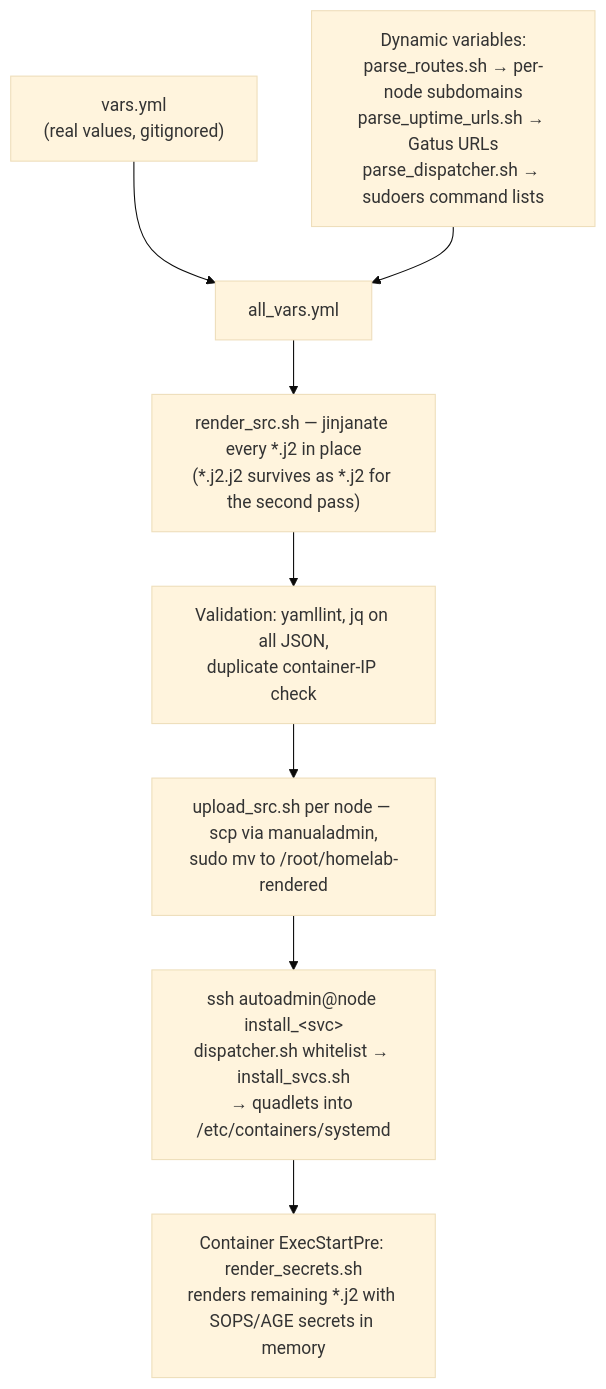
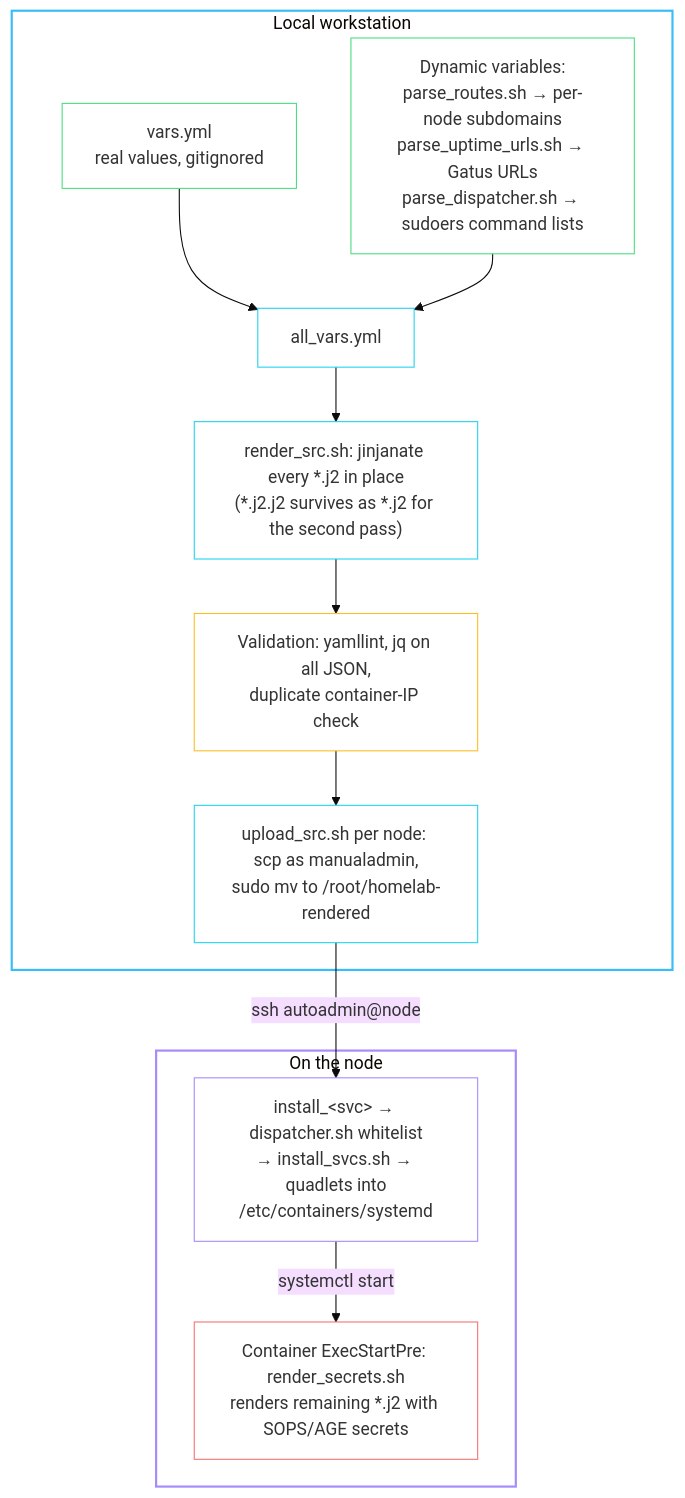
One commit to babraham123/homelab changed the diagram in docs/development.md. Above: the diagram before and after it, drawn with Mermaid (base theme). The commit also changed other lines of this file and 11 other files, not shown here.

Commit message:
improve diagrams, wording in docs/

````diff
--- a/docs/development.md
+++ b/docs/development.md
@@ -34,15 +48,35 @@
 ```mermaid
 flowchart TB
-    vars["vars.yml<br/>(real values, gitignored)"]
-    parse["Dynamic variables:<br/>parse_routes.sh → per-node subdomains<br/>parse_uptime_urls.sh → Gatus URLs<br/>parse_dispatcher.sh → sudoers command lists"]
-    allvars["all_vars.yml"]
-    render["render_src.sh — jinjanate every *.j2 in place<br/>(*.j2.j2 survives as *.j2 for the second pass)"]
-    validate["Validation: yamllint, jq on all JSON,<br/>duplicate container-IP check"]
-    upload["upload_src.sh per node — scp via manualadmin,<br/>sudo mv to /root/homelab-rendered"]
-    dispatch["ssh autoadmin@node install_&lt;svc&gt;<br/>dispatcher.sh whitelist → install_svcs.sh<br/>→ quadlets into /etc/containers/systemd"]
-    second["Container ExecStartPre: render_secrets.sh<br/>renders remaining *.j2 with SOPS/AGE secrets in memory"]
+    subgraph local["Local workstation"]
+        vars["vars.yml<br/>real values, gitignored"]
+        parse["Dynamic variables:<br/>parse_routes.sh → per-node subdomains<br/>parse_uptime_urls.sh → Gatus URLs<br/>parse_dispatcher.sh → sudoers command lists"]
+        allvars["all_vars.yml"]
+        render["render_src.sh: jinjanate every *.j2 in place<br/>(*.j2.j2 survives as *.j2 for the second pass)"]
+        validate["Validation: yamllint, jq on all JSON,<br/>duplicate container-IP check"]
+        upload["upload_src.sh per node: scp as manualadmin,<br/>sudo mv to /root/homelab-rendered"]
+    end
+
+    subgraph node["On the node"]
+        dispatch["install_&lt;svc&gt; → dispatcher.sh whitelist<br/>→ install_svcs.sh → quadlets into<br/>/etc/containers/systemd"]
+        second["Container ExecStartPre: render_secrets.sh<br/>renders remaining *.j2 with SOPS/AGE secrets"]
+    end
 
     vars --> allvars
     parse --> allvars
-    allvars --> render --> validate --> upload --> dispatch --> second
+    allvars --> render --> validate --> upload
+    upload -- "ssh autoadmin@node" --> dispatch
+    dispatch -- "systemctl start" --> second
+
+    style local stroke:#38bdf8,stroke-width:2px,fill:transparent
+    style node stroke:#a78bfa,stroke-width:2px,fill:transparent
+    classDef input stroke:#4ade80,fill:transparent
+    classDef step stroke:#22d3ee,fill:transparent
+    classDef onnode stroke:#a78bfa,fill:transparent
+    classDef check stroke:#fbbf24,fill:transparent
+    classDef secret stroke:#f87171,fill:transparent
+    class vars,parse input
+    class allvars,render,upload step
+    class dispatch onnode
+    class validate check
+    class second secret
 ```
````
